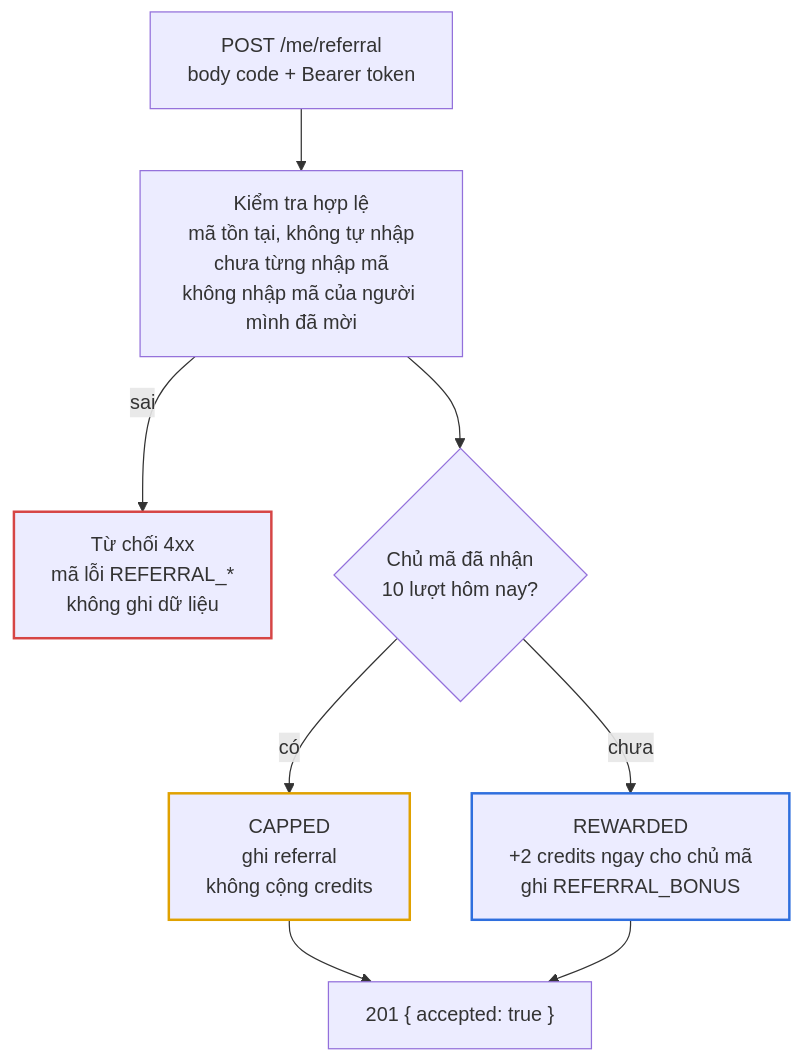
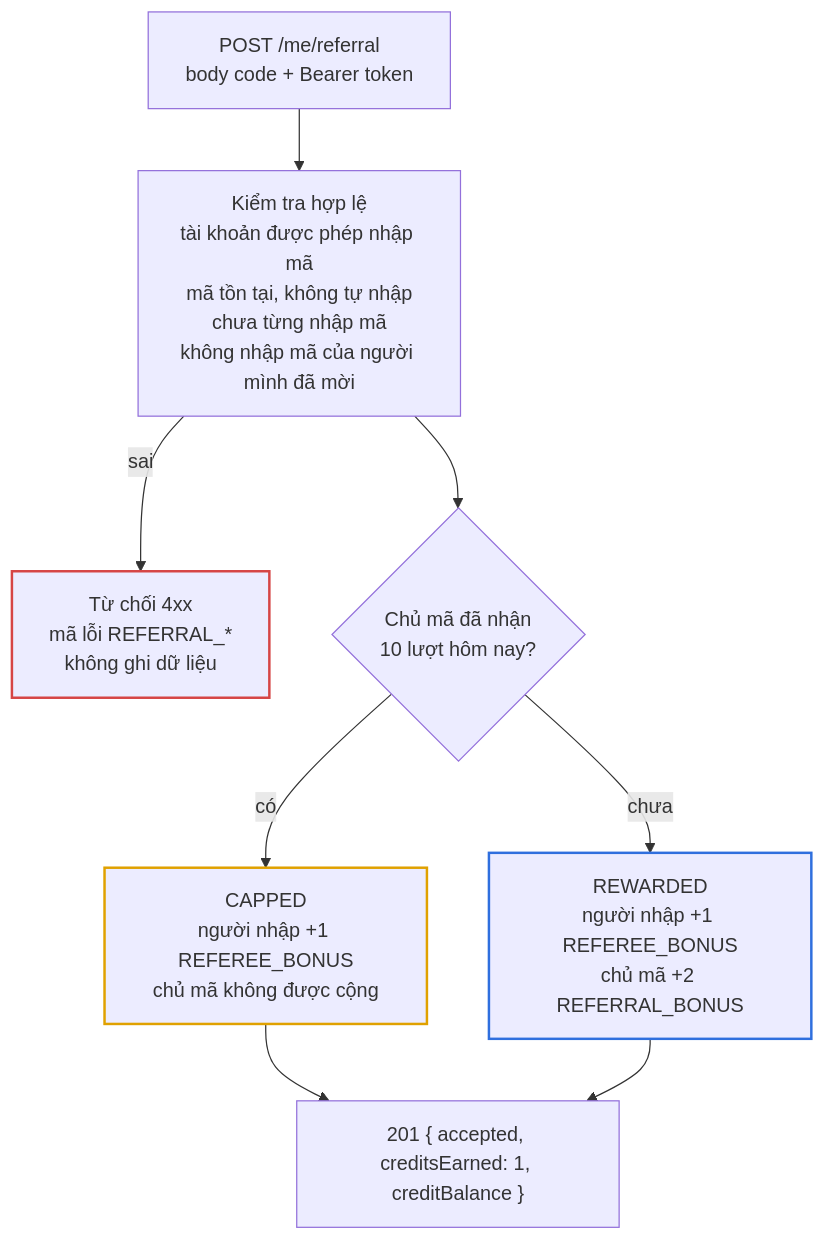
Before and after one commit to DucDMinh/PalmSight: the fourth of 5 diagrams in docs/workflow.md, drawn with Mermaid. The commit also changed other lines of this file and 20 other files, not shown here.

First line of the commit message:
feat: Implement email/password registration and login flow, with Google/Facebook as secondary options

````diff
--- a/docs/workflow.md
+++ b/docs/workflow.md
@@ -43,23 +123,23 @@
 ```mermaid
 flowchart TB
     submit["POST /me/referral<br/>body code + Bearer token"]
-    validate["Kiểm tra hợp lệ<br/>mã tồn tại, không tự nhập<br/>chưa từng nhập mã<br/>không nhập mã của người mình đã mời"]
+    validate["Kiểm tra hợp lệ<br/>tài khoản được phép nhập mã<br/>mã tồn tại, không tự nhập<br/>chưa từng nhập mã<br/>không nhập mã của người mình đã mời"]
     reject["Từ chối 4xx<br/>mã lỗi REFERRAL_*<br/>không ghi dữ liệu"]
     cap{"Chủ mã đã nhận<br/>10 lượt hôm nay?"}
-    capped["CAPPED<br/>ghi referral<br/>không cộng credits"]
-    rewarded["REWARDED<br/>+2 credits ngay cho chủ mã<br/>ghi REFERRAL_BONUS"]
-    done["201 { accepted: true }"]
+    capped["CAPPED<br/>người nhập +1 REFEREE_BONUS<br/>chủ mã không được cộng"]
+    rewarded["REWARDED<br/>người nhập +1 REFEREE_BONUS<br/>chủ mã +2 REFERRAL_BONUS"]
+    done["201 { accepted, creditsEarned: 1, creditBalance }"]
 
     submit --> validate
     validate -->|sai| reject
     validate --> cap
     cap -->|có| capped --> done
     cap -->|chưa| rewarded --> done
 
     classDef accent stroke:#2f6fde,stroke-width:2px
     classDef warn stroke:#e0a100,stroke-width:2px
     classDef bad stroke:#d64545,stroke-width:2px
     class rewarded accent
     class capped warn
     class reject bad
 ```
````
